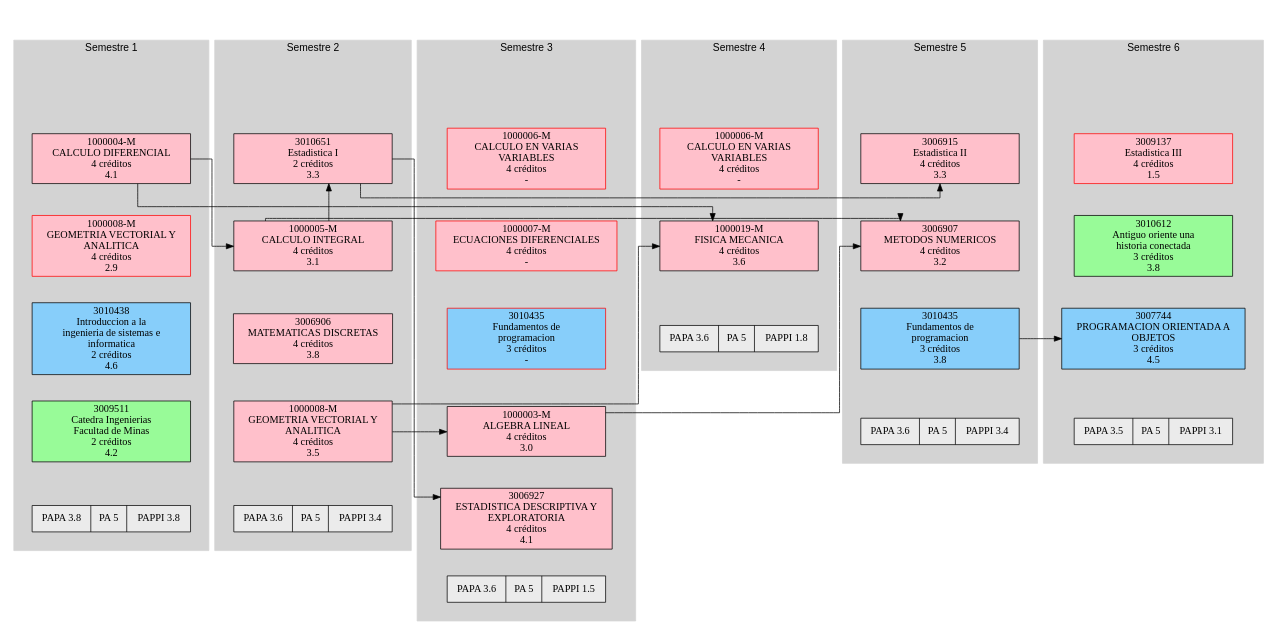
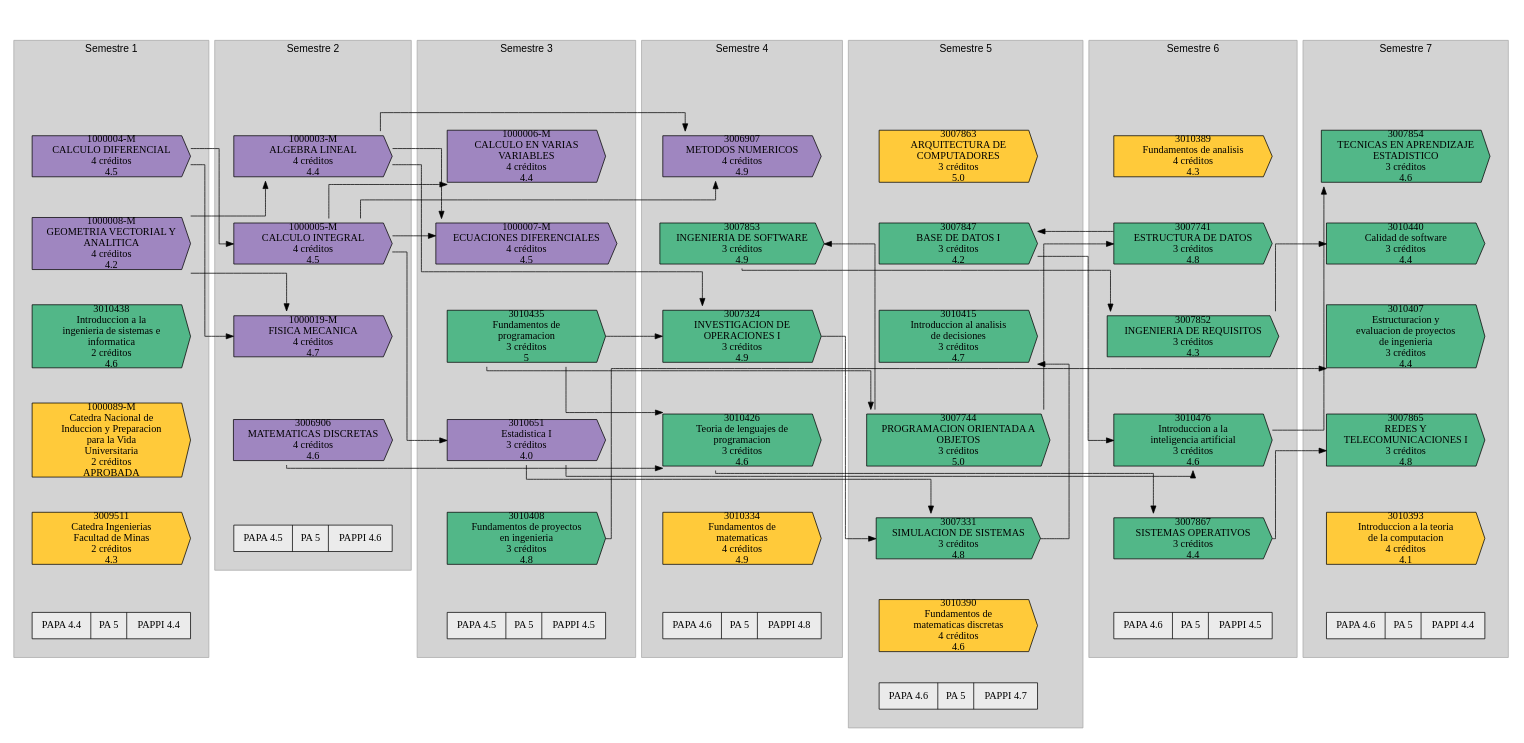
One commit to eporrasm/d-web changed the diagram in codigo/asignatura_catalog/Digraph.gv. Above: the diagram before and after it, drawn with Graphviz. The commit also changed 2 other files, not shown here.

```diff
--- a/codigo/asignatura_catalog/Digraph.gv
+++ b/codigo/asignatura_catalog/Digraph.gv
@@ -1,192 +1,302 @@
 // Historia academica
 digraph {
 	graph [compound=true splines=ortho]
+	sem_1 [height=0.02 style=invis width=0.02]
 	subgraph cluster_1 {
-		graph [margin=25]
-		node [shape=box style=filled width=3]
-		color=lightgrey fontname=Arial style=filled
+		graph [margin=25 nodesep=0.02]
+		node [shape=cds style=filled width=3]
+		color=darkgray fillcolor=lightGray fontname=Arial style=filled
 		label="Semestre 1"
-		sem_1 [label=sem_1 style=invis]
 		"1000004-M" [label="1000004-M
 CALCULO DIFERENCIAL
 4 créditos
-4.1" color="#000000" fillcolor="#FFC0CB" group=sem1]
+4.5" color="#000000" fillcolor="#9f86c0" group=sem1 penwidth=1]
 		sem_1 -> "1000004-M" [style=invis]
-		"1000008-M_na1" [label="1000008-M
+		"1000008-M" [label="1000008-M
 GEOMETRIA VECTORIAL Y
 ANALITICA
 4 créditos
-2.9" color="#ff0000" fillcolor="#FFC0CB" group=sem1]
-		"1000004-M" -> "1000008-M_na1" [style=invis]
+4.2" color="#000000" fillcolor="#9f86c0" group=sem1 penwidth=1]
+		"1000004-M" -> "1000008-M" [style=invis]
 		3010438 [label="3010438
 Introduccion a la
 ingenieria de sistemas e
 informatica
 2 créditos
-4.6" color="#000000" fillcolor="#87CEFA" group=sem1]
-		"1000008-M_na1" -> 3010438 [style=invis]
+4.6" color="#000000" fillcolor="#52b788" group=sem1 penwidth=1]
+		"1000008-M" -> 3010438 [style=invis]
+		"1000089-M" [label="1000089-M
+Catedra Nacional de
+Induccion y Preparacion
+para la Vida
+Universitaria
+2 créditos
+APROBADA" color="#000000" fillcolor="#ffca3a" group=sem1 penwidth=1]
+		3010438 -> "1000089-M" [style=invis]
 		3009511 [label="3009511
 Catedra Ingenierias
 Facultad de Minas
 2 créditos
-4.2" color="#000000" fillcolor="#98FB98" group=sem1]
-		3010438 -> 3009511 [style=invis]
-		"Promedio 1" [label="PAPA 3.8|PA 5|PAPPI 3.8" fillcolor="#EBEBEB" shape=record]
+4.3" color="#000000" fillcolor="#ffca3a" group=sem1 penwidth=1]
+		"1000089-M" -> 3009511 [style=invis]
+		"Promedio 1" [label="PAPA 4.4|PA 5|PAPPI 4.4" fillcolor="#EBEBEB" shape=record]
 		3009511 -> "Promedio 1" [style=invis]
 	}
+	sem_2 [height=0.02 style=invis width=0.02]
 	subgraph cluster_2 {
-		graph [margin=25]
-		node [shape=box style=filled width=3]
-		color=lightgrey fontname=Arial style=filled
+		graph [margin=25 nodesep=0.02]
+		node [shape=cds style=filled width=3]
+		color=darkgray fillcolor=lightGray fontname=Arial style=filled
 		label="Semestre 2"
-		sem_2 [label=sem_2 style=invis]
-		3010651 [label="3010651
-Estadistica I
-2 créditos
-3.3" color="#000000" fillcolor="#FFC0CB" group=sem2]
-		sem_2 -> 3010651 [style=invis]
+		"1000003-M" [label="1000003-M
+ALGEBRA LINEAL
+4 créditos
+4.4" color="#000000" fillcolor="#9f86c0" group=sem2 penwidth=1]
+		sem_2 -> "1000003-M" [style=invis]
 		"1000005-M" [label="1000005-M
 CALCULO INTEGRAL
 4 créditos
-3.1" color="#000000" fillcolor="#FFC0CB" group=sem2]
-		3010651 -> "1000005-M" [style=invis]
+4.5" color="#000000" fillcolor="#9f86c0" group=sem2 penwidth=1]
+		"1000003-M" -> "1000005-M" [style=invis]
+		"1000019-M" [label="1000019-M
+FISICA MECANICA
+4 créditos
+4.7" color="#000000" fillcolor="#9f86c0" group=sem2 penwidth=1]
+		"1000005-M" -> "1000019-M" [style=invis]
 		3006906 [label="3006906
 MATEMATICAS DISCRETAS
 4 créditos
-3.8" color="#000000" fillcolor="#FFC0CB" group=sem2]
-		"1000005-M" -> 3006906 [style=invis]
-		"1000008-M" [label="1000008-M
-GEOMETRIA VECTORIAL Y
-ANALITICA
-4 créditos
-3.5" color="#000000" fillcolor="#FFC0CB" group=sem2]
-		3006906 -> "1000008-M" [style=invis]
-		"Promedio 2" [label="PAPA 3.6|PA 5|PAPPI 3.4" fillcolor="#EBEBEB" shape=record]
-		"1000008-M" -> "Promedio 2" [style=invis]
+4.6" color="#000000" fillcolor="#9f86c0" group=sem2 penwidth=1]
+		"1000019-M" -> 3006906 [style=invis]
+		"Promedio 2" [label="PAPA 4.5|PA 5|PAPPI 4.6" fillcolor="#EBEBEB" shape=record]
+		3006906 -> "Promedio 2" [style=invis]
 	}
+	sem_3 [height=0.02 style=invis width=0.02]
 	subgraph cluster_3 {
-		graph [margin=25]
-		node [shape=box style=filled width=3]
-		color=lightgrey fontname=Arial style=filled
+		graph [margin=25 nodesep=0.02]
+		node [shape=cds style=filled width=3]
+		color=darkgray fillcolor=lightGray fontname=Arial style=filled
 		label="Semestre 3"
-		sem_3 [label=sem_3 style=invis]
-		"1000006-M_c3" [label="1000006-M
+		"1000006-M" [label="1000006-M
 CALCULO EN VARIAS
 VARIABLES
 4 créditos
--" color="#ff0000" fillcolor="#FFC0CB" group=sem3]
-		sem_3 -> "1000006-M_c3" [style=invis]
-		"1000007-M_c3" [label="1000007-M
+4.4" color="#000000" fillcolor="#9f86c0" group=sem3 penwidth=1]
+		sem_3 -> "1000006-M" [style=invis]
+		"1000007-M" [label="1000007-M
 ECUACIONES DIFERENCIALES
 4 créditos
--" color="#ff0000" fillcolor="#FFC0CB" group=sem3]
-		"1000006-M_c3" -> "1000007-M_c3" [style=invis]
-		"3010435_c3" [label="3010435
-Fundamentos de
-programacion
-3 créditos
--" color="#ff0000" fillcolor="#87CEFA" group=sem3]
-		"1000007-M_c3" -> "3010435_c3" [style=invis]
-		"1000003-M" [label="1000003-M
-ALGEBRA LINEAL
-4 créditos
-3.0" color="#000000" fillcolor="#FFC0CB" group=sem3]
-		"3010435_c3" -> "1000003-M" [style=invis]
-		3006927 [label="3006927
-ESTADISTICA DESCRIPTIVA Y
-EXPLORATORIA
-4 créditos
-4.1" color="#000000" fillcolor="#FFC0CB" group=sem3]
-		"1000003-M" -> 3006927 [style=invis]
-		"Promedio 3" [label="PAPA 3.6|PA 5|PAPPI 1.5" fillcolor="#EBEBEB" shape=record]
-		3006927 -> "Promedio 3" [style=invis]
-	}
-	subgraph cluster_4 {
-		graph [margin=25]
-		node [shape=box style=filled width=3]
-		color=lightgrey fontname=Arial style=filled
-		label="Semestre 4"
-		sem_4 [label=sem_4 style=invis]
-		"1000006-M_c4" [label="1000006-M
-CALCULO EN VARIAS
-VARIABLES
-4 créditos
--" color="#ff0000" fillcolor="#FFC0CB" group=sem4]
-		sem_4 -> "1000006-M_c4" [style=invis]
-		"1000019-M" [label="1000019-M
-FISICA MECANICA
-4 créditos
-3.6" color="#000000" fillcolor="#FFC0CB" group=sem4]
-		"1000006-M_c4" -> "1000019-M" [style=invis]
-		"Promedio 4" [label="PAPA 3.6|PA 5|PAPPI 1.8" fillcolor="#EBEBEB" shape=record]
-		"1000019-M" -> "Promedio 4" [style=invis]
-	}
-	subgraph cluster_5 {
-		graph [margin=25]
-		node [shape=box style=filled width=3]
-		color=lightgrey fontname=Arial style=filled
-		label="Semestre 5"
-		sem_5 [label=sem_5 style=invis]
-		3006915 [label="3006915
-Estadistica II
-4 créditos
-3.3" color="#000000" fillcolor="#FFC0CB" group=sem5]
-		sem_5 -> 3006915 [style=invis]
-		3006907 [label="3006907
-METODOS NUMERICOS
-4 créditos
-3.2" color="#000000" fillcolor="#FFC0CB" group=sem5]
-		3006915 -> 3006907 [style=invis]
+4.5" color="#000000" fillcolor="#9f86c0" group=sem3 penwidth=1]
+		"1000006-M" -> "1000007-M" [style=invis]
 		3010435 [label="3010435
 Fundamentos de
 programacion
 3 créditos
-3.8" color="#000000" fillcolor="#87CEFA" group=sem5]
-		3006907 -> 3010435 [style=invis]
-		"Promedio 5" [label="PAPA 3.6|PA 5|PAPPI 3.4" fillcolor="#EBEBEB" shape=record]
-		3010435 -> "Promedio 5" [style=invis]
+5" color="#000000" fillcolor="#52b788" group=sem3 penwidth=1]
+		"1000007-M" -> 3010435 [style=invis]
+		3010651 [label="3010651
+Estadistica I
+3 créditos
+4.0" color="#000000" fillcolor="#9f86c0" group=sem3 penwidth=1]
+		3010435 -> 3010651 [style=invis]
+		3010408 [label="3010408
+Fundamentos de proyectos
+en ingenieria
+3 créditos
+4.8" color="#000000" fillcolor="#52b788" group=sem3 penwidth=1]
+		3010651 -> 3010408 [style=invis]
+		"Promedio 3" [label="PAPA 4.5|PA 5|PAPPI 4.5" fillcolor="#EBEBEB" shape=record]
+		3010408 -> "Promedio 3" [style=invis]
 	}
-	subgraph cluster_6 {
-		graph [margin=25]
-		node [shape=box style=filled width=3]
-		color=lightgrey fontname=Arial style=filled
-		label="Semestre 6"
-		sem_6 [label=sem_6 style=invis]
-		"3009137_na6" [label="3009137
-Estadistica III
+	sem_4 [height=0.02 style=invis width=0.02]
+	subgraph cluster_4 {
+		graph [margin=25 nodesep=0.02]
+		node [shape=cds style=filled width=3]
+		color=darkgray fillcolor=lightGray fontname=Arial style=filled
+		label="Semestre 4"
+		3006907 [label="3006907
+METODOS NUMERICOS
 4 créditos
-1.5" color="#ff0000" fillcolor="#FFC0CB" group=sem6]
-		sem_6 -> "3009137_na6" [style=invis]
-		3010612 [label="3010612
-Antiguo oriente una
-historia conectada
+4.9" color="#000000" fillcolor="#9f86c0" group=sem4 penwidth=1]
+		sem_4 -> 3006907 [style=invis]
+		3007853 [label="3007853
+INGENIERIA DE SOFTWARE
 3 créditos
-3.8" color="#000000" fillcolor="#98FB98" group=sem6]
-		"3009137_na6" -> 3010612 [style=invis]
+4.9" color="#000000" fillcolor="#52b788" group=sem4 penwidth=1]
+		3006907 -> 3007853 [style=invis]
+		3007324 [label="3007324
+INVESTIGACION DE
+OPERACIONES I
+3 créditos
+4.9" color="#000000" fillcolor="#52b788" group=sem4 penwidth=1]
+		3007853 -> 3007324 [style=invis]
+		3010426 [label="3010426
+Teoria de lenguajes de
+programacion
+3 créditos
+4.6" color="#000000" fillcolor="#52b788" group=sem4 penwidth=1]
+		3007324 -> 3010426 [style=invis]
+		3010334 [label="3010334
+Fundamentos de
+matematicas
+4 créditos
+4.9" color="#000000" fillcolor="#ffca3a" group=sem4 penwidth=1]
+		3010426 -> 3010334 [style=invis]
+		"Promedio 4" [label="PAPA 4.6|PA 5|PAPPI 4.8" fillcolor="#EBEBEB" shape=record]
+		3010334 -> "Promedio 4" [style=invis]
+	}
+	sem_5 [height=0.02 style=invis width=0.02]
+	subgraph cluster_5 {
+		graph [margin=25 nodesep=0.02]
+		node [shape=cds style=filled width=3]
+		color=darkgray fillcolor=lightGray fontname=Arial style=filled
+		label="Semestre 5"
+		3007863 [label="3007863
+ARQUITECTURA DE
+COMPUTADORES
+3 créditos
+5.0" color="#000000" fillcolor="#ffca3a" group=sem5 penwidth=1]
+		sem_5 -> 3007863 [style=invis]
+		3007847 [label="3007847
+BASE DE DATOS I
+3 créditos
+4.2" color="#000000" fillcolor="#52b788" group=sem5 penwidth=1]
+		3007863 -> 3007847 [style=invis]
+		3010415 [label="3010415
+Introduccion al analisis
+de decisiones
+3 créditos
+4.7" color="#000000" fillcolor="#52b788" group=sem5 penwidth=1]
+		3007847 -> 3010415 [style=invis]
 		3007744 [label="3007744
 PROGRAMACION ORIENTADA A
 OBJETOS
 3 créditos
-4.5" color="#000000" fillcolor="#87CEFA" group=sem6]
-		3010612 -> 3007744 [style=invis]
-		"Promedio 6" [label="PAPA 3.5|PA 5|PAPPI 3.1" fillcolor="#EBEBEB" shape=record]
-		3007744 -> "Promedio 6" [style=invis]
+5.0" color="#000000" fillcolor="#52b788" group=sem5 penwidth=1]
+		3010415 -> 3007744 [style=invis]
+		3007331 [label="3007331
+SIMULACION DE SISTEMAS
+3 créditos
+4.8" color="#000000" fillcolor="#52b788" group=sem5 penwidth=1]
+		3007744 -> 3007331 [style=invis]
+		3010390 [label="3010390
+Fundamentos de
+matematicas discretas
+4 créditos
+4.6" color="#000000" fillcolor="#ffca3a" group=sem5 penwidth=1]
+		3007331 -> 3010390 [style=invis]
+		"Promedio 5" [label="PAPA 4.6|PA 5|PAPPI 4.7" fillcolor="#EBEBEB" shape=record]
+		3010390 -> "Promedio 5" [style=invis]
 	}
-	"1000005-M" -> 3010651 [constraint=false]
+	sem_6 [height=0.02 style=invis width=0.02]
+	subgraph cluster_6 {
+		graph [margin=25 nodesep=0.02]
+		node [shape=cds style=filled width=3]
+		color=darkgray fillcolor=lightGray fontname=Arial style=filled
+		label="Semestre 6"
+		3010389 [label="3010389
+Fundamentos de analisis
+4 créditos
+4.3" color="#000000" fillcolor="#ffca3a" group=sem6 penwidth=1]
+		sem_6 -> 3010389 [style=invis]
+		3007741 [label="3007741
+ESTRUCTURA DE DATOS
+3 créditos
+4.8" color="#000000" fillcolor="#52b788" group=sem6 penwidth=1]
+		3010389 -> 3007741 [style=invis]
+		3007852 [label="3007852
+INGENIERIA DE REQUISITOS
+3 créditos
+4.3" color="#000000" fillcolor="#52b788" group=sem6 penwidth=1]
+		3007741 -> 3007852 [style=invis]
+		3010476 [label="3010476
+Introduccion a la
+inteligencia artificial
+3 créditos
+4.6" color="#000000" fillcolor="#52b788" group=sem6 penwidth=1]
+		3007852 -> 3010476 [style=invis]
+		3007867 [label="3007867
+SISTEMAS OPERATIVOS
+3 créditos
+4.4" color="#000000" fillcolor="#52b788" group=sem6 penwidth=1]
+		3010476 -> 3007867 [style=invis]
+		"Promedio 6" [label="PAPA 4.6|PA 5|PAPPI 4.5" fillcolor="#EBEBEB" shape=record]
+		3007867 -> "Promedio 6" [style=invis]
+	}
+	sem_7 [height=0.02 style=invis width=0.02]
+	subgraph cluster_7 {
+		graph [margin=25 nodesep=0.02]
+		node [shape=cds style=filled width=3]
+		color=darkgray fillcolor=lightGray fontname=Arial style=filled
+		label="Semestre 7"
+		3007854 [label="3007854
+TECNICAS EN APRENDIZAJE
+ESTADISTICO
+3 créditos
+4.6" color="#000000" fillcolor="#52b788" group=sem7 penwidth=1]
+		sem_7 -> 3007854 [style=invis]
+		3010440 [label="3010440
+Calidad de software
+3 créditos
+4.4" color="#000000" fillcolor="#52b788" group=sem7 penwidth=1]
+		3007854 -> 3010440 [style=invis]
+		3010407 [label="3010407
+Estructuracion y
+evaluacion de proyectos
+de ingenieria
+3 créditos
+4.4" color="#000000" fillcolor="#52b788" group=sem7 penwidth=1]
+		3010440 -> 3010407 [style=invis]
+		3007865 [label="3007865
+REDES Y
+TELECOMUNICACIONES I
+3 créditos
+4.8" color="#000000" fillcolor="#52b788" group=sem7 penwidth=1]
+		3010407 -> 3007865 [style=invis]
+		3010393 [label="3010393
+Introduccion a la teoria
+de la computacion
+4 créditos
+4.1" color="#000000" fillcolor="#ffca3a" group=sem7 penwidth=1]
+		3007865 -> 3010393 [style=invis]
+		"Promedio 7" [label="PAPA 4.6|PA 5|PAPPI 4.4" fillcolor="#EBEBEB" shape=record]
+		3010393 -> "Promedio 7" [style=invis]
+	}
+	"1000008-M" -> "1000003-M" [constraint=false]
 	"1000004-M" -> "1000005-M" [constraint=false]
-	"1000008-M" -> "1000003-M" [constraint=false]
-	3010651 -> 3006927 [constraint=false]
 	"1000004-M" -> "1000019-M" [constraint=false]
 	"1000008-M" -> "1000019-M" [constraint=false]
-	3010651 -> 3006915 [constraint=false]
+	"1000005-M" -> "1000006-M" [constraint=false]
+	"1000003-M" -> "1000007-M" [constraint=false]
+	"1000005-M" -> "1000007-M" [constraint=false]
+	"1000005-M" -> 3010651 [constraint=false]
 	"1000003-M" -> 3006907 [constraint=false]
 	"1000005-M" -> 3006907 [constraint=false]
+	3007744 -> 3007853 [constraint=false]
+	"1000003-M" -> 3007324 [constraint=false]
+	3010435 -> 3007324 [constraint=false]
+	3010435 -> 3010426 [constraint=false]
+	3006906 -> 3010426 [constraint=false]
+	3007741 -> 3007847 [constraint=false]
+	3007331 -> 3010415 [constraint=false]
 	3010435 -> 3007744 [constraint=false]
+	3007324 -> 3007331 [constraint=false]
+	3010651 -> 3007331 [constraint=false]
+	3007744 -> 3007741 [constraint=false]
+	3007853 -> 3007852 [constraint=false]
+	3010651 -> 3010476 [constraint=false]
+	3007847 -> 3010476 [constraint=false]
+	3010426 -> 3007867 [constraint=false]
+	3010476 -> 3007854 [constraint=false]
+	3007852 -> 3010440 [constraint=false]
+	3010408 -> 3010407 [constraint=false]
+	3007867 -> 3007865 [constraint=false]
 	start -> sem_1 [lhead=cluster_1 style=invis]
 	start -> sem_2 [lhead=cluster_2 style=invis]
 	start -> sem_3 [lhead=cluster_3 style=invis]
 	start -> sem_4 [lhead=cluster_4 style=invis]
 	start -> sem_5 [lhead=cluster_5 style=invis]
 	start -> sem_6 [lhead=cluster_6 style=invis]
+	start -> sem_7 [lhead=cluster_7 style=invis]
 	start [shape=Mdiamond style=invis]
 }
```
